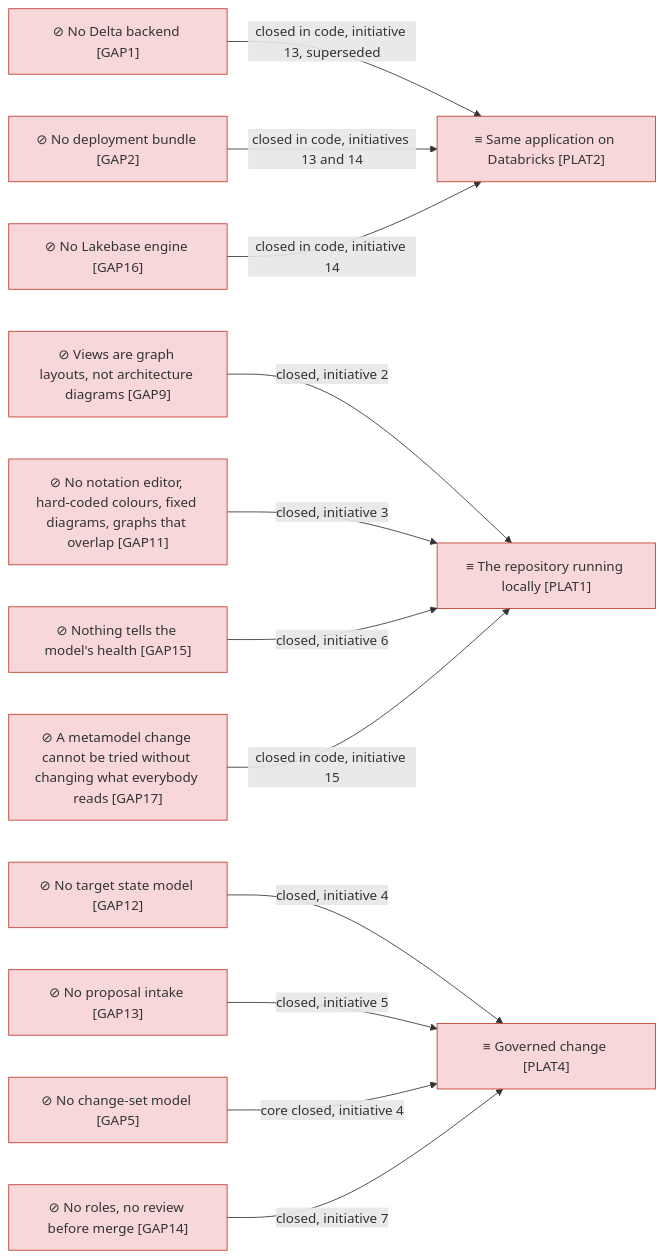
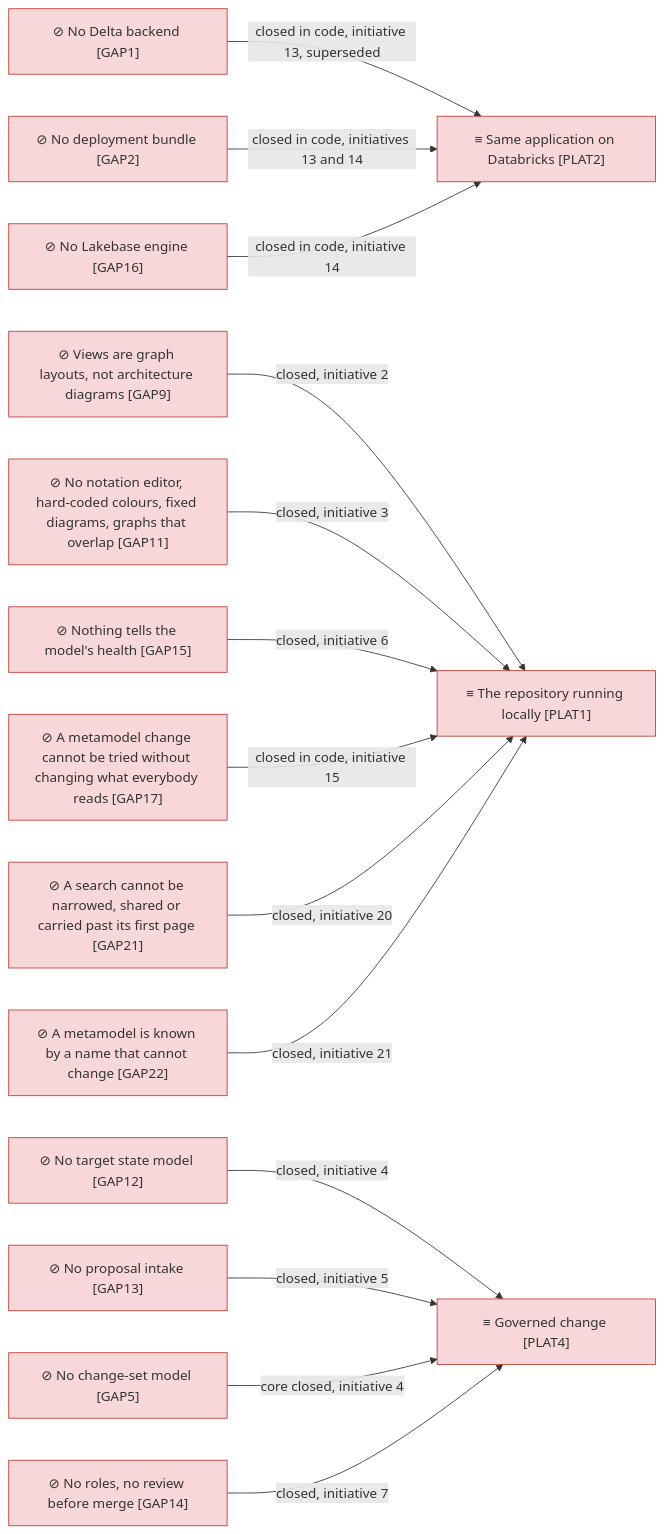
The fourth of 4 diagrams in architecture/6_transition/1_target-state.md (roanboc/dbx-enterprise-architecture), drawn with Mermaid before and after one commit. The commit also changed other lines of this file and 13 other files, not shown here.

First line of the commit message:
docs(architecture): initiative 21 in the model — decisions 0021 and 0022

````diff
--- a/architecture/6_transition/1_target-state.md
+++ b/architecture/6_transition/1_target-state.md
@@ -119,30 +125,34 @@
 ```mermaid
 flowchart LR
   p1["≡ The repository running locally [PLAT1]"]:::implementation
   p2["≡ Same application on Databricks [PLAT2]"]:::implementation
   p4["≡ Governed change [PLAT4]"]:::implementation
   g1["⊘ No Delta backend [GAP1]"]:::implementation
   g2["⊘ No deployment bundle [GAP2]"]:::implementation
   g16["⊘ No Lakebase engine [GAP16]"]:::implementation
   g9["⊘ Views are graph layouts, not architecture diagrams [GAP9]"]:::implementation
   g11["⊘ No notation editor, hard-coded colours, fixed diagrams, graphs that overlap [GAP11]"]:::implementation
   g5["⊘ No change-set model [GAP5]"]:::implementation
   g12["⊘ No target state model [GAP12]"]:::implementation
   g13["⊘ No proposal intake [GAP13]"]:::implementation
   g14["⊘ No roles, no review before merge [GAP14]"]:::implementation
   g15["⊘ Nothing tells the model's health [GAP15]"]:::implementation
   g17["⊘ A metamodel change cannot be tried without changing what everybody reads [GAP17]"]:::implementation
+  g21["⊘ A search cannot be narrowed, shared or carried past its first page [GAP21]"]:::implementation
+  g22["⊘ A metamodel is known by a name that cannot change [GAP22]"]:::implementation
   g9 -->|closed, initiative 2| p1
   g11 -->|closed, initiative 3| p1
   g12 -->|closed, initiative 4| p4
   g13 -->|closed, initiative 5| p4
   g5 -->|core closed, initiative 4| p4
   g14 -->|closed, initiative 7| p4
   g15 -->|closed, initiative 6| p1
   g1 -->|closed in code, initiative 13, superseded| p2
   g2 -->|closed in code, initiatives 13 and 14| p2
   g16 -->|closed in code, initiative 14| p2
   g17 -->|closed in code, initiative 15| p1
+  g21 -->|closed, initiative 20| p1
+  g22 -->|closed, initiative 21| p1
 
   classDef implementation fill:#f8d7da,stroke:#c0392b,color:#333
 ```
````
